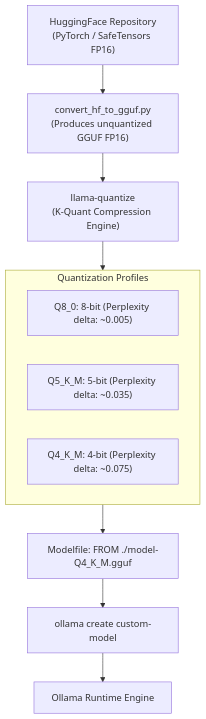
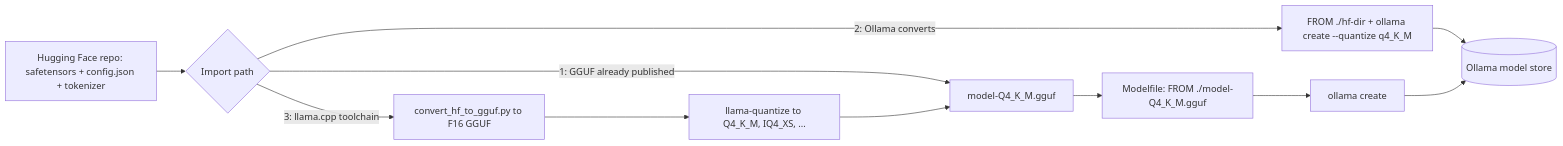
One commit to TheLearningHubOrg/learn-ollama changed diagram 12 of 31 in README.md. Above: the diagram before and after it, drawn with Mermaid. The commit also changed other lines of this file and 37 other files, not shown here.

````diff
--- a/README.md
+++ b/README.md
@@ -378,17 +1343,13 @@
 ```mermaid
-flowchart TD
-    HF["HuggingFace Repository\n(PyTorch / SafeTensors FP16)"] --> Convert["convert_hf_to_gguf.py\n(Produces unquantized GGUF FP16)"]
-    
-    Convert --> Quantize["llama-quantize\n(K-Quant Compression Engine)"]
-    
-    subgraph Quants["Quantization Profiles"]
-        Q8["Q8_0: 8-bit (Perplexity delta: ~0.005)"]
-        Q5["Q5_K_M: 5-bit (Perplexity delta: ~0.035)"]
-        Q4["Q4_K_M: 4-bit (Perplexity delta: ~0.075)"]
-    end
-
-    Quantize --> Quants
-    Quants --> Modelfile["Modelfile: FROM ./model-Q4_K_M.gguf"]
-    Modelfile --> OllamaBuild["ollama create custom-model"]
-    OllamaBuild --> LocalEngine["Ollama Runtime Engine"]
+flowchart LR
+    HF["Hugging Face repo: safetensors + config.json + tokenizer"] --> A{"Import path"}
+    A -->|"1: GGUF already published"| G["model-Q4_K_M.gguf"]
+    A -->|"2: Ollama converts"| OC["FROM ./hf-dir + ollama create --quantize q4_K_M"]
+    A -->|"3: llama.cpp toolchain"| CV["convert_hf_to_gguf.py to F16 GGUF"]
+    CV --> QZ["llama-quantize to Q4_K_M, IQ4_XS, ..."]
+    QZ --> G
+    G --> MF["Modelfile: FROM ./model-Q4_K_M.gguf"]
+    MF --> CR["ollama create"]
+    OC --> STORE[("Ollama model store")]
+    CR --> STORE
 ```
````
